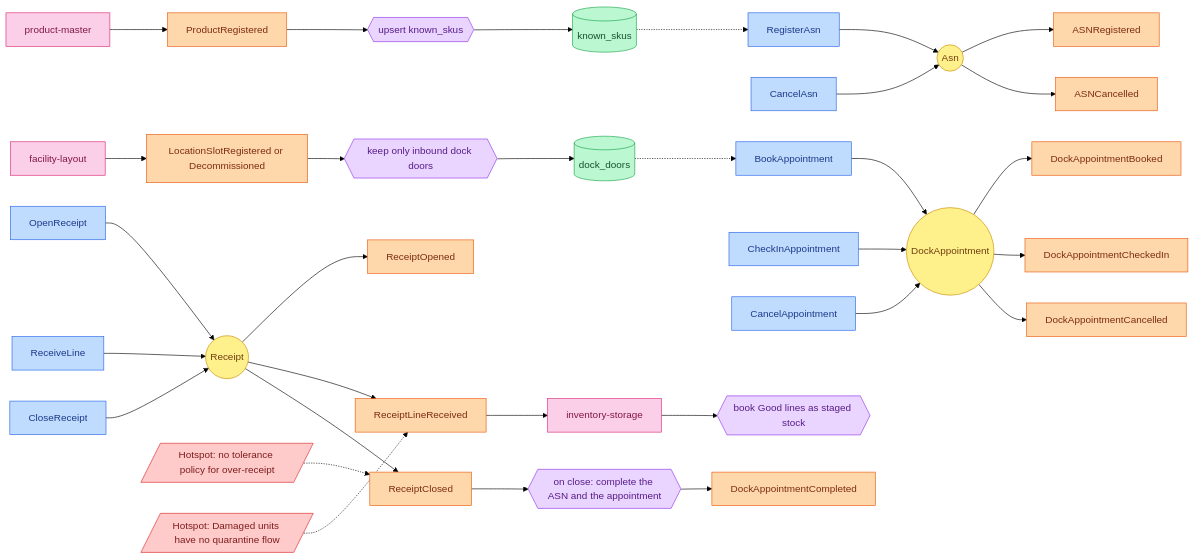
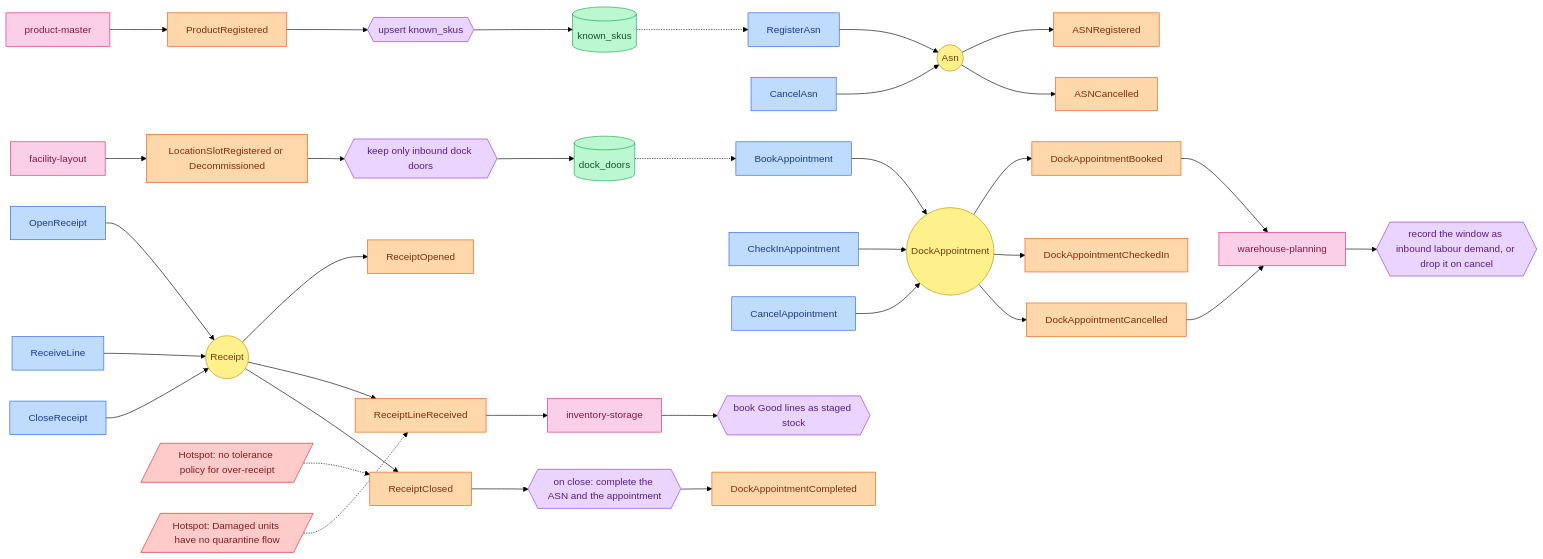
Before and after one commit to IQVO/warehouse-docs: the diagram in docs/contexts/inbound-receiving/eventstorming.md, drawn with Mermaid (forest theme). The commit also changed other lines of this file and 237 other files, not shown here.

````diff
--- a/docs/contexts/inbound-receiving/eventstorming.md
+++ b/docs/contexts/inbound-receiving/eventstorming.md
@@ -22,32 +22,35 @@
 ```mermaid
 flowchart LR
   classDef cmd fill:#bfdbfe,stroke:#2563eb,color:#1e3a8a
   classDef agg fill:#fef08a,stroke:#ca8a04,color:#713f12
   classDef evt fill:#fed7aa,stroke:#ea580c,color:#7c2d12
   classDef pol fill:#e9d5ff,stroke:#9333ea,color:#581c87
   classDef rm fill:#bbf7d0,stroke:#16a34a,color:#14532d
   classDef ext fill:#fbcfe8,stroke:#db2777,color:#831843
   classDef hot fill:#fecaca,stroke:#dc2626,color:#7f1d1d
 
   C1[RegisterAsn]:::cmd --> A1((Asn)):::agg --> E1[ASNRegistered]:::evt
   C2[CancelAsn]:::cmd --> A1 --> E2[ASNCancelled]:::evt
   C3[BookAppointment]:::cmd --> A2((DockAppointment)):::agg --> E3[DockAppointmentBooked]:::evt
   C4[CheckInAppointment]:::cmd --> A2 --> E4[DockAppointmentCheckedIn]:::evt
   C5[CancelAppointment]:::cmd --> A2 --> E5[DockAppointmentCancelled]:::evt
   C6[OpenReceipt]:::cmd --> A3((Receipt)):::agg --> E6[ReceiptOpened]:::evt
   C7[ReceiveLine]:::cmd --> A3 --> E7[ReceiptLineReceived]:::evt
   C8[CloseReceipt]:::cmd --> A3 --> E8[ReceiptClosed]:::evt
   E8 --> P1{{"on close: complete the ASN and the appointment"}}:::pol
   P1 --> E9[DockAppointmentCompleted]:::evt
 
   X1[product-master]:::ext --> E10[ProductRegistered]:::evt --> P2{{"upsert known_skus"}}:::pol --> R1[(known_skus)]:::rm
   X2[facility-layout]:::ext --> E11[LocationSlotRegistered or Decommissioned]:::evt --> P3{{"keep only inbound dock doors"}}:::pol --> R2[(dock_doors)]:::rm
   R1 -.-> C1
   R2 -.-> C3
 
   E7 --> X3[inventory-storage]:::ext
   X3 --> P4{{"book Good lines as staged stock"}}:::pol
+  E3 --> X4[warehouse-planning]:::ext
+  E5 --> X4
+  X4 --> P5{{"record the window as inbound labour demand, or drop it on cancel"}}:::pol
 
   H1[/"Hotspot: no tolerance policy for over-receipt"/]:::hot -.-> E8
   H2[/"Hotspot: Damaged units have no quarantine flow"/]:::hot -.-> E7
 ```
````
